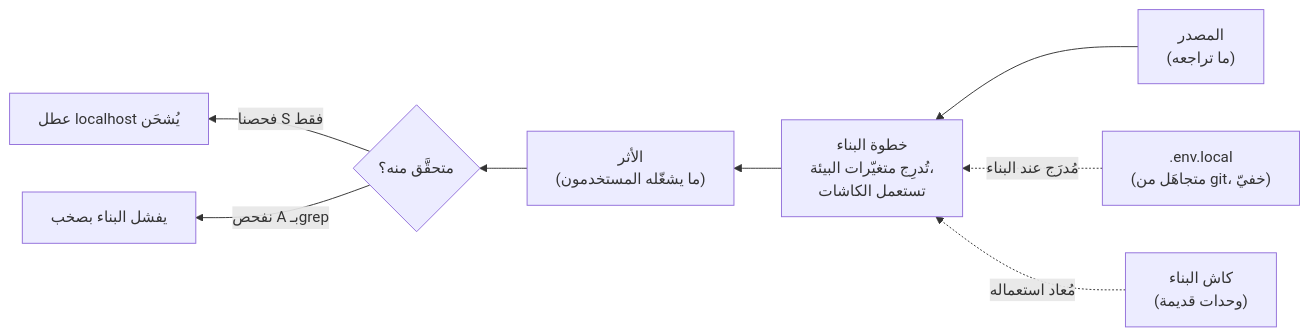
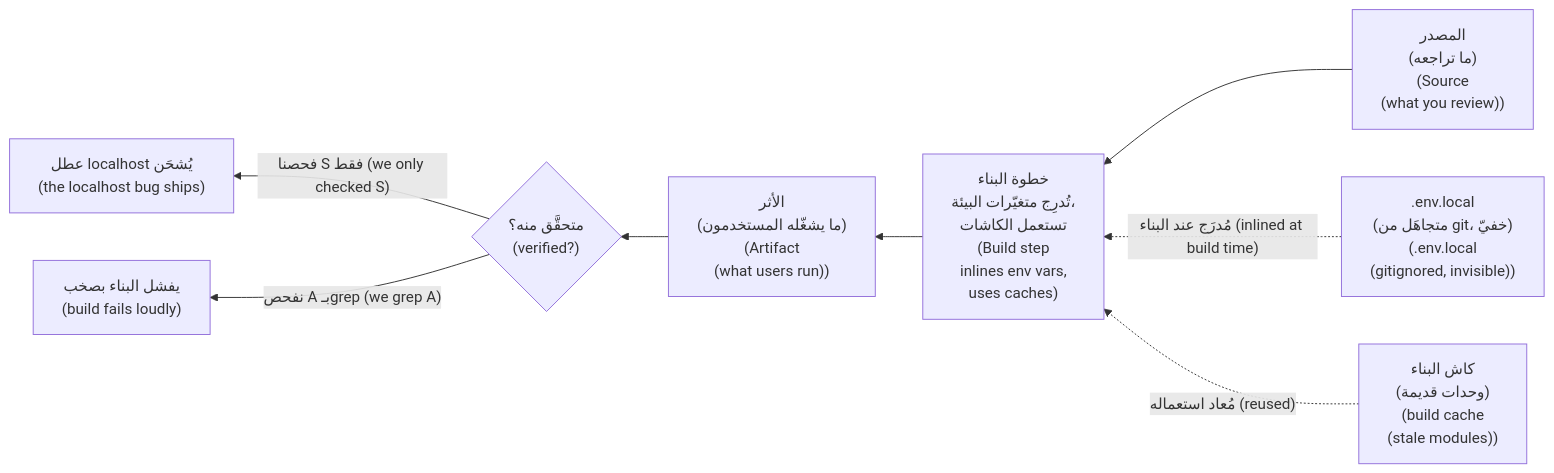
Before and after one commit to Tamoura/system-design-for-vibe-coders: the fifth of 5 diagrams in modules/04-deploys/module.ar.md, drawn with Mermaid. The commit also changed other lines of this file and 62 other files, not shown here.

First line of the commit message:
Arabic editions: English on every diagram label, RTL fixes, rebuild

````diff
--- a/modules/04-deploys/module.ar.md
+++ b/modules/04-deploys/module.ar.md
@@ -436,10 +436,10 @@
 ```mermaid
 flowchart RL
-    S["المصدر<br/>(ما تراجعه)"] --> B["خطوة البناء<br/>تُدرِج متغيّرات البيئة،<br/>تستعمل الكاشات"]
-    B --> A["الأثر<br/>(ما يشغّله المستخدمون)"]
-    ENV[".env.local<br/>(متجاهَل من git، خفيّ)"] -.->|"مُدرَج عند البناء"| B
-    CACHE["كاش البناء<br/>(وحدات قديمة)"] -.->|"مُعاد استعماله"| B
-    A --> CHECK{"متحقَّق منه؟"}
-    CHECK -->|"فحصنا S فقط"| MISS["عطل localhost يُشحَن"]
-    CHECK -->|"نفحص A بـgrep"| CATCH["يفشل البناء بصخب"]
+    S["المصدر<br/>(ما تراجعه)<br/>(Source<br/>(what you review))"] --> B["خطوة البناء<br/>تُدرِج متغيّرات البيئة،<br/>تستعمل الكاشات<br/>(Build step<br/>inlines env vars,<br/>uses caches)"]
+    B --> A["الأثر<br/>(ما يشغّله المستخدمون)<br/>(Artifact<br/>(what users run))"]
+    ENV[".env.local<br/>(متجاهَل من git، خفيّ)<br/>(.env.local<br/>(gitignored, invisible))"] -.->|"مُدرَج عند البناء (inlined at build time)"| B
+    CACHE["كاش البناء<br/>(وحدات قديمة)<br/>(build cache<br/>(stale modules))"] -.->|"مُعاد استعماله (reused)"| B
+    A --> CHECK{"متحقَّق منه؟<br/>(verified?)"}
+    CHECK -->|"فحصنا S فقط (we only checked S)"| MISS["عطل localhost يُشحَن<br/>(the localhost bug ships)"]
+    CHECK -->|"نفحص A بـgrep (we grep A)"| CATCH["يفشل البناء بصخب<br/>(build fails loudly)"]
 ```
````
